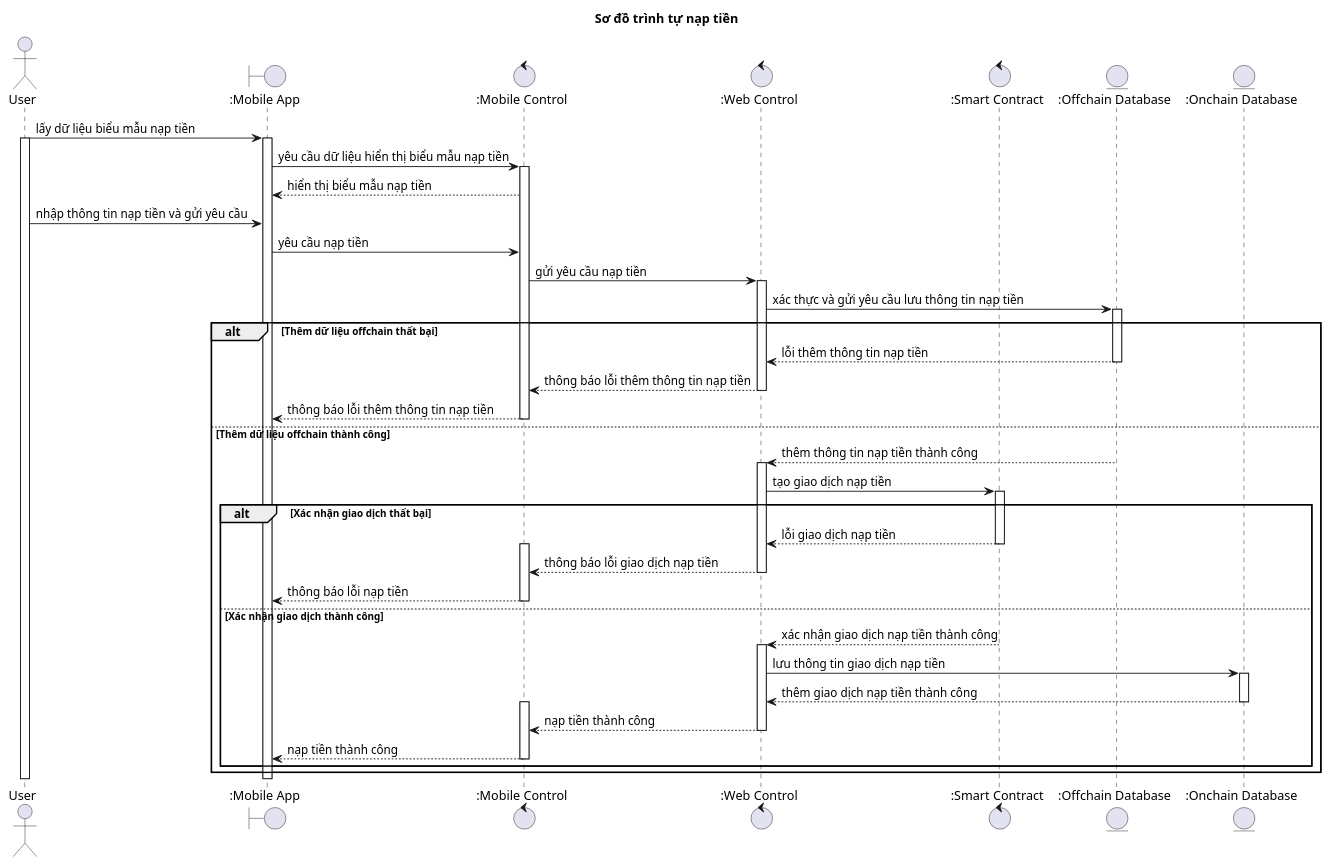
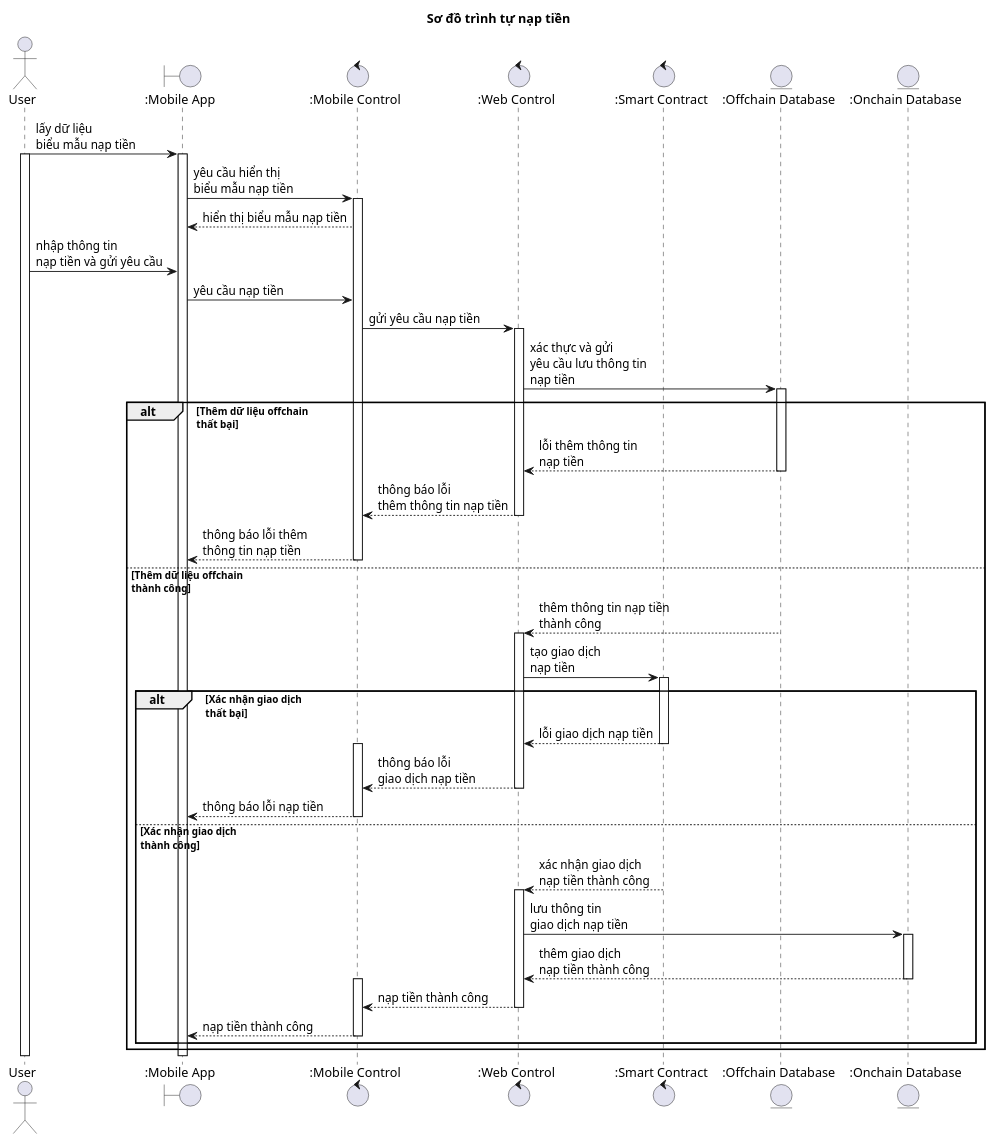
The diagram in diagrams/sequences/guest/naptien.puml (nho-moi-so/quan-ly-tim-kiem-phong-tro), drawn with PlantUML before and after one commit. The commit also changed 19 other files, not shown here.

Commit message:
feat: initialize architecture diagrams and implement owner profile and feature structures

```diff
--- a/diagrams/sequences/guest/naptien.puml
+++ b/diagrams/sequences/guest/naptien.puml
@@ -1,72 +1,72 @@
 @startuml naptien-sequence-diagram
 title "Sơ đồ trình tự nạp tiền"
 actor User as User
 boundary ":Mobile App" as MobileApp
 control ":Mobile Control" as MobileControl
 control ":Web Control" as WebControl
 control ":Smart Contract" as SmartContract
 entity ":Offchain Database" as OffchainDatabase
 entity ":Onchain Database" as OnchainDatabase
 
-User -> MobileApp: lấy dữ liệu biểu mẫu nạp tiền
+User -> MobileApp: lấy dữ liệu \nbiểu mẫu nạp tiền
 activate User
 activate MobileApp
-MobileApp -> MobileControl: yêu cầu dữ liệu hiển thị biểu mẫu nạp tiền
+MobileApp -> MobileControl: yêu cầu hiển thị \nbiểu mẫu nạp tiền
 activate MobileControl
 MobileControl --> MobileApp: hiển thị biểu mẫu nạp tiền
 
-User -> MobileApp: nhập thông tin nạp tiền và gửi yêu cầu
+User -> MobileApp: nhập thông tin \nnạp tiền và gửi yêu cầu
 MobileApp -> MobileControl: yêu cầu nạp tiền
 MobileControl -> WebControl: gửi yêu cầu nạp tiền
 activate WebControl
-WebControl -> OffchainDatabase: xác thực và gửi yêu cầu lưu thông tin nạp tiền
+WebControl -> OffchainDatabase: xác thực và gửi \nyêu cầu lưu thông tin \nnạp tiền
 activate OffchainDatabase
 'trường hợp thành công
     ' trường hợp offchain
         'thành công
-        alt Thêm dữ liệu offchain thất bại
-            OffchainDatabase --> WebControl: lỗi thêm thông tin nạp tiền
+        alt Thêm dữ liệu offchain \nthất bại
+            OffchainDatabase --> WebControl: lỗi thêm thông tin \nnạp tiền
             deactivate OffchainDatabase
-            WebControl --> MobileControl: thông báo lỗi thêm thông tin nạp tiền
+            WebControl --> MobileControl: thông báo lỗi \nthêm thông tin nạp tiền
             deactivate WebControl
-            MobileControl --> MobileApp: thông báo lỗi thêm thông tin nạp tiền
+            MobileControl --> MobileApp: thông báo lỗi thêm \nthông tin nạp tiền
             deactivate MobileControl
-        else Thêm dữ liệu offchain thành công
-            OffchainDatabase --> WebControl: thêm thông tin nạp tiền thành công
+        else Thêm dữ liệu offchain \nthành công
+            OffchainDatabase --> WebControl: thêm thông tin nạp tiền \nthành công
             deactivate OffchainDatabase
             'trường hợp onchain
             activate WebControl
-            WebControl -> SmartContract: tạo giao dịch nạp tiền
+            WebControl -> SmartContract: tạo giao dịch \nnạp tiền
             activate SmartContract
                 'thất bại
-            alt Xác nhận giao dịch thất bại
+            alt Xác nhận giao dịch \nthất bại
                 SmartContract --> WebControl: lỗi giao dịch nạp tiền
                 deactivate SmartContract
                 activate MobileControl
-                WebControl --> MobileControl: thông báo lỗi giao dịch nạp tiền
+                WebControl --> MobileControl: thông báo lỗi \ngiao dịch nạp tiền
                 deactivate WebControl
                 MobileControl --> MobileApp: thông báo lỗi nạp tiền
                 deactivate MobileControl
-            else Xác nhận giao dịch thành công
+            else Xác nhận giao dịch \nthành công
                 'thành công
-                SmartContract --> WebControl: xác nhận giao dịch nạp tiền thành công
+                SmartContract --> WebControl: xác nhận giao dịch \nnạp tiền thành công
                 deactivate SmartContract
                 activate WebControl
-                WebControl -> OnchainDatabase: lưu thông tin giao dịch nạp tiền
+                WebControl -> OnchainDatabase: lưu thông tin \ngiao dịch nạp tiền
                 activate OnchainDatabase
-                OnchainDatabase --> WebControl: thêm giao dịch nạp tiền thành công
+                OnchainDatabase --> WebControl: thêm giao dịch \nnạp tiền thành công
                 deactivate OnchainDatabase
                 activate MobileControl
                 WebControl --> MobileControl: nạp tiền thành công
                 deactivate WebControl
                 MobileControl --> MobileApp: nạp tiền thành công
                 deactivate MobileControl
             end
         end
 
     deactivate WebControl
     deactivate MobileControl
     deactivate MobileApp
     deactivate User
 
 @enduml
```
